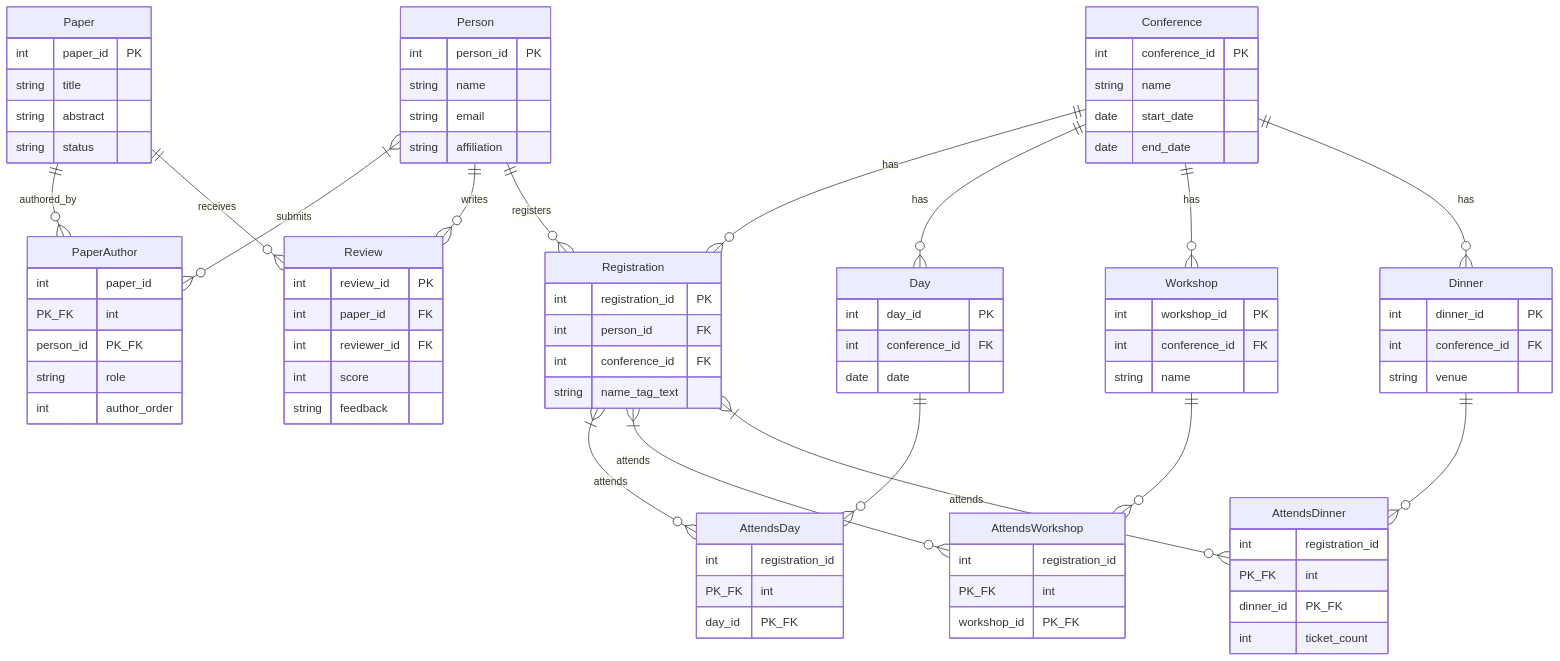
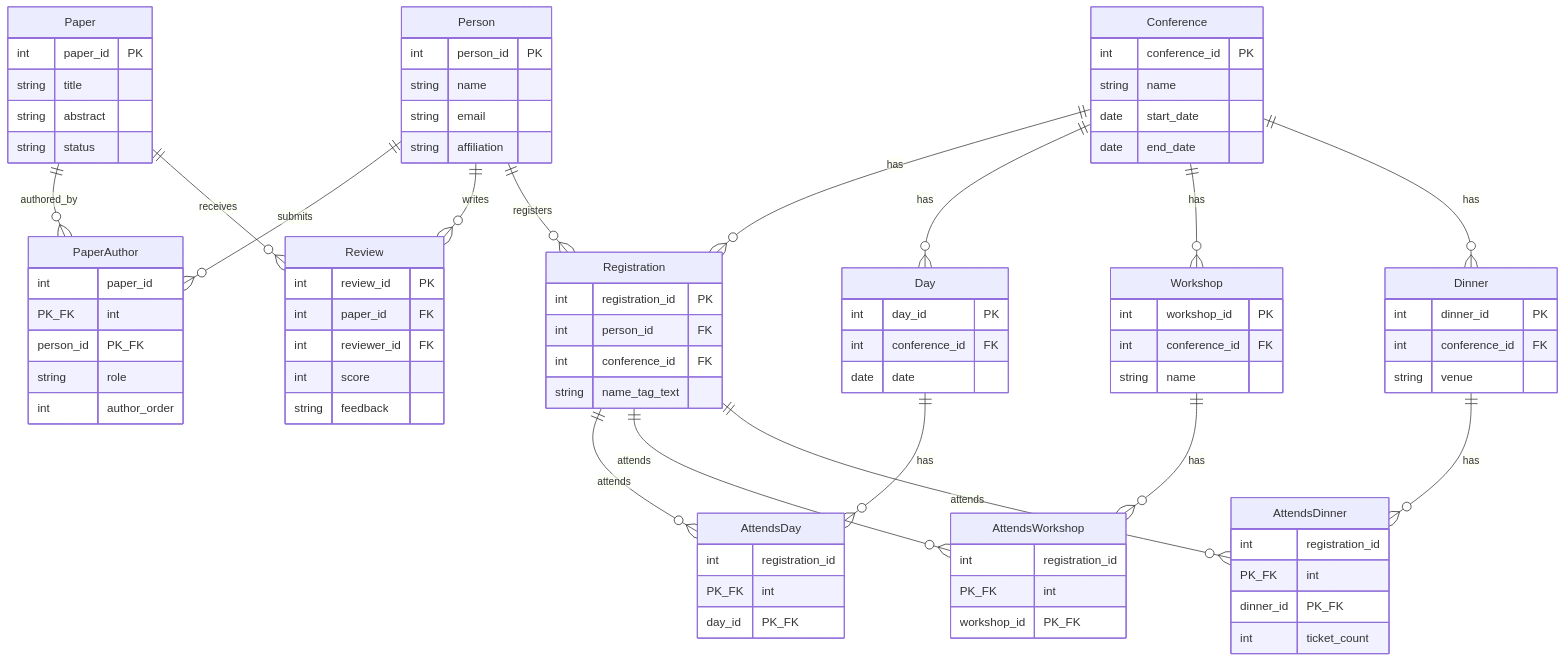
Before and after one commit to sreent/data-management-intro: the second of 2 diagrams in past-exam-papers/mock-october-2025/solution-sheet-mock-october-2025.md, drawn with Mermaid. The commit also changed other lines of this file, not shown here.

Commit message:
Fix Mermaid syntax errors for version 11.10.0 compatibility
1. Remove empty relationship labels ("") which cause parser errors
   - Changed Day/Workshop/Dinner -> AttendX : "" to : "has"

2. Replace }|--o{ with ||--o{ for standard compatibility
   - The }| notation may not be supported in all Mermaid versions

3. Simplify relationship labels (remove cardinality from labels)
   - Cardinality is shown by the relationship notation itself

````diff
--- a/past-exam-papers/mock-october-2025/solution-sheet-mock-october-2025.md
+++ b/past-exam-papers/mock-october-2025/solution-sheet-mock-october-2025.md
@@ -560,20 +560,20 @@
 ```mermaid
 erDiagram
-    Person }|--o{ PaperAuthor : "submits"
+    Person ||--o{ PaperAuthor : "submits"
     Paper ||--o{ PaperAuthor : "authored_by"
     Person ||--o{ Review : "writes"
     Paper ||--o{ Review : "receives"
     Person ||--o{ Registration : "registers"
     Conference ||--o{ Registration : "has"
-    Registration }|--o{ AttendsDay : "attends"
-    Registration }|--o{ AttendsWorkshop : "attends"
-    Registration }|--o{ AttendsDinner : "attends"
+    Registration ||--o{ AttendsDay : "attends"
+    Registration ||--o{ AttendsWorkshop : "attends"
+    Registration ||--o{ AttendsDinner : "attends"
     Conference ||--o{ Day : "has"
     Conference ||--o{ Workshop : "has"
     Conference ||--o{ Dinner : "has"
-    Day ||--o{ AttendsDay : ""
-    Workshop ||--o{ AttendsWorkshop : ""
-    Dinner ||--o{ AttendsDinner : ""
+    Day ||--o{ AttendsDay : "has"
+    Workshop ||--o{ AttendsWorkshop : "has"
+    Dinner ||--o{ AttendsDinner : "has"
 
     Person {
         int person_id PK
````
